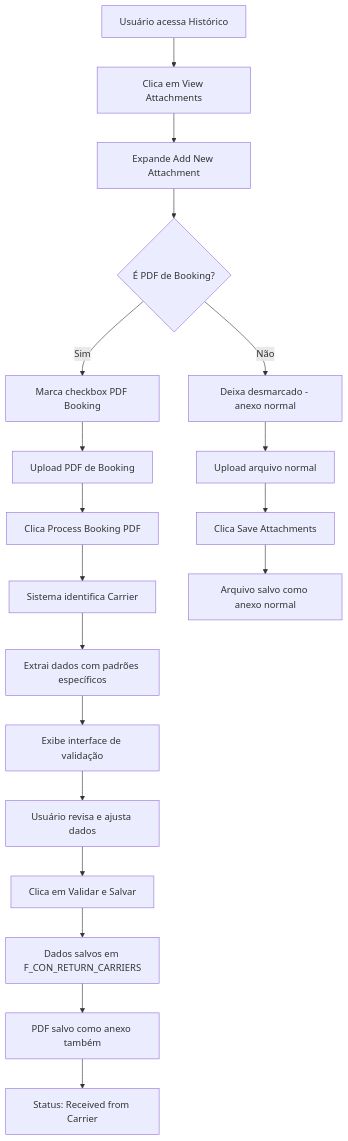
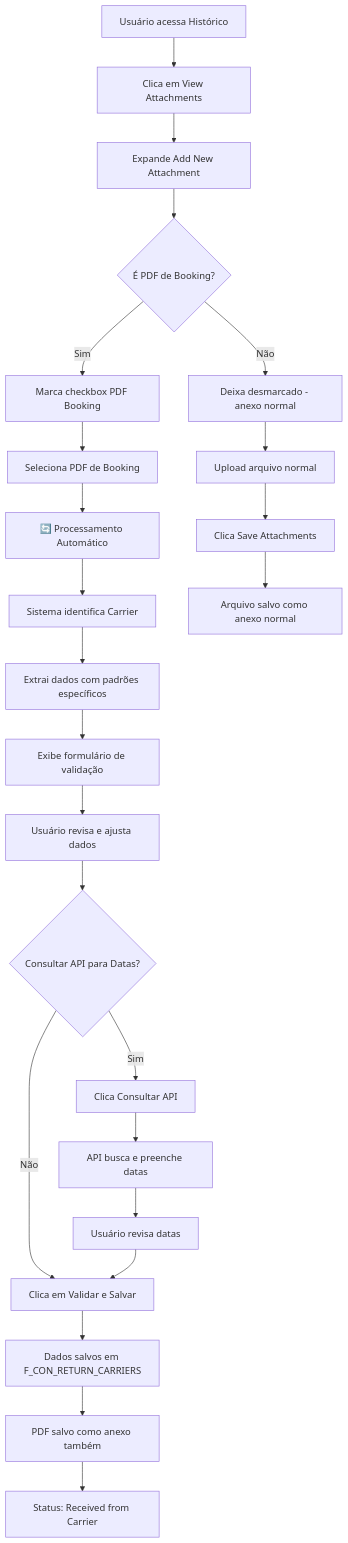
One commit to diegoasmoura/Line-Manager changed the diagram in docs/PDF_BOOKING_PROCESSOR_README.md. Above: the diagram before and after it, drawn with Mermaid. The commit also changed other lines of this file and 2 other files, not shown here.

First line of the commit message:
feat: automatizar PDF e consulta API Ellox para datas

````diff
--- a/docs/PDF_BOOKING_PROCESSOR_README.md
+++ b/docs/PDF_BOOKING_PROCESSOR_README.md
@@ -152,21 +168,26 @@
 ```mermaid
 graph TD
     A[Usuário acessa Histórico] --> B[Clica em View Attachments]
     B --> C[Expande Add New Attachment]
     C --> D{É PDF de Booking?}
     D -->|Sim| E[Marca checkbox PDF Booking]
     D -->|Não| F[Deixa desmarcado - anexo normal]
-    E --> G[Upload PDF de Booking]
+    E --> G[Seleciona PDF de Booking]
     F --> H[Upload arquivo normal]
-    G --> I[Clica Process Booking PDF]
+    G --> I[🔄 Processamento Automático]
     H --> J[Clica Save Attachments]
     I --> K[Sistema identifica Carrier]
     K --> L[Extrai dados com padrões específicos]
-    L --> M[Exibe interface de validação]
+    L --> M[Exibe formulário de validação]
     M --> N[Usuário revisa e ajusta dados]
-    N --> O[Clica em Validar e Salvar]
-    O --> P[Dados salvos em F_CON_RETURN_CARRIERS]
-    P --> Q[PDF salvo como anexo também]
-    Q --> R[Status: Received from Carrier]
-    J --> S[Arquivo salvo como anexo normal]
+    N --> O{Consultar API para Datas?}
+    O -->|Sim| P[Clica Consultar API]
+    O -->|Não| Q[Clica em Validar e Salvar]
+    P --> R[API busca e preenche datas]
+    R --> S[Usuário revisa datas]
+    S --> Q
+    Q --> T[Dados salvos em F_CON_RETURN_CARRIERS]
+    T --> U[PDF salvo como anexo também]
+    U --> V[Status: Received from Carrier]
+    J --> W[Arquivo salvo como anexo normal]
 ```
````
